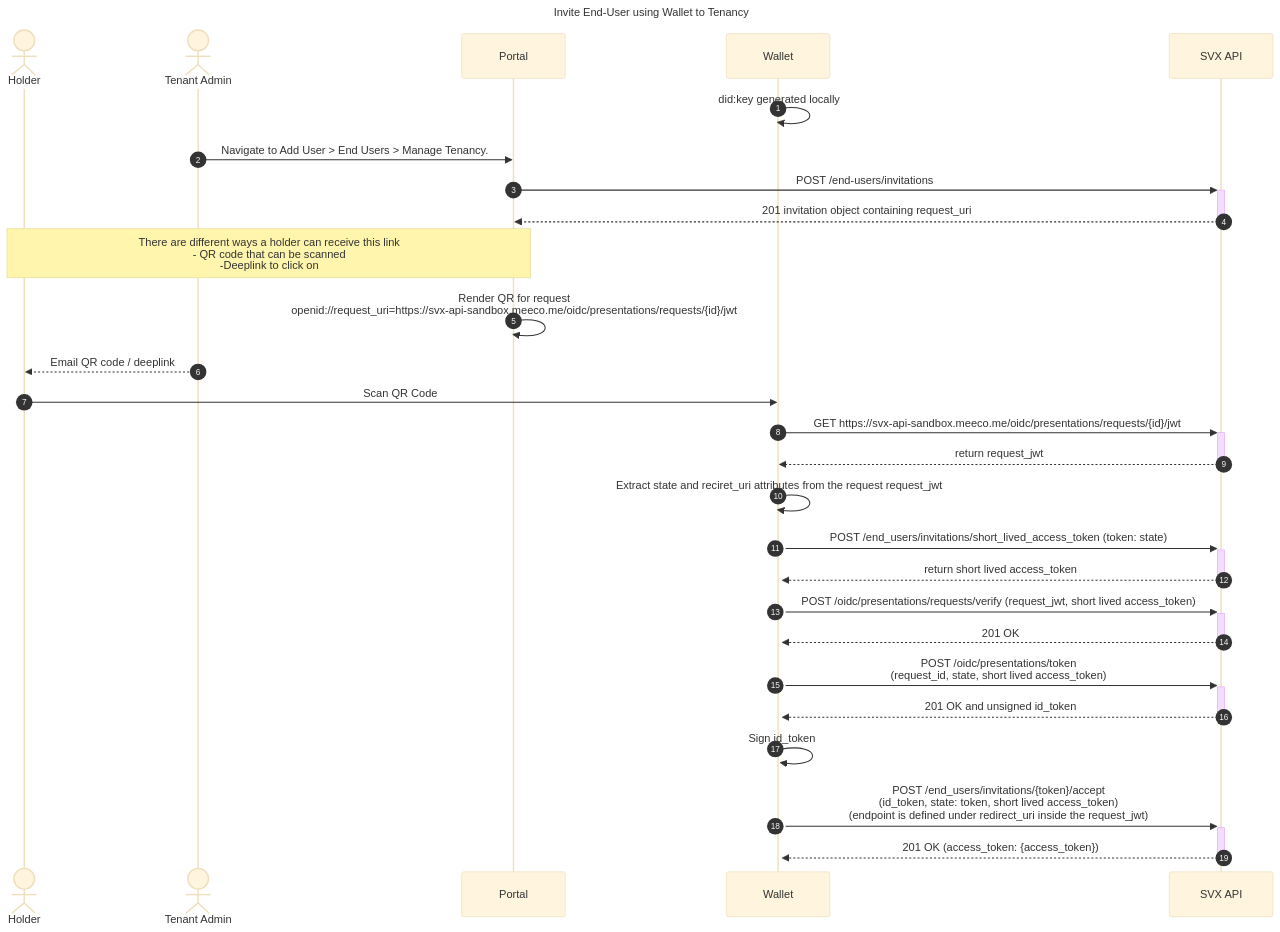
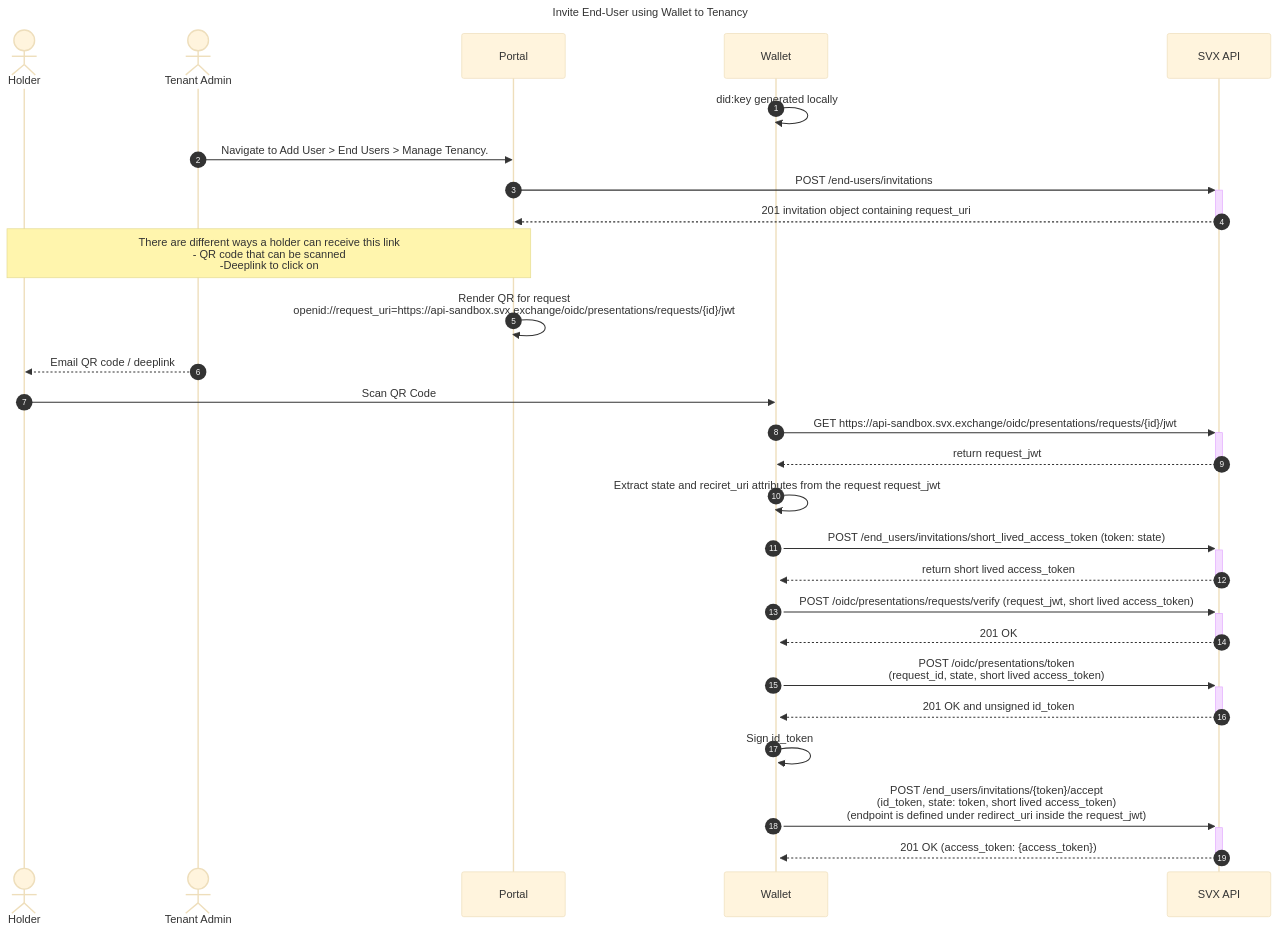
The diagram in guides/api-guides/users/inviting-end-users.md (Meeco/docs), drawn with Mermaid (base theme) before and after one commit. The commit also changed 3 other files, not shown here.

````diff
--- a/guides/api-guides/users/inviting-end-users.md
+++ b/guides/api-guides/users/inviting-end-users.md
@@ -5,38 +5,38 @@
 ```mermaid
 sequenceDiagram
   title Invite End-User using Wallet to Tenancy
 
   autonumber
 
   actor H as Holder
   actor TA as Tenant Admin
 
   participant P as Portal
   participant W as Wallet
   participant API as SVX API
 
   W->>W: did:key generated locally
   TA->>P: Navigate to Add User > End Users > Manage Tenancy.
   P->>+API: POST /end-users/invitations
   API-->>-P: 201 invitation object containing request_uri
   Note over H,P: There are different ways a holder can receive this link<br>- QR code that can be scanned<br>-Deeplink to click on
-  P->>P: Render QR for request <br> openid://request_uri=https://svx-api-sandbox.meeco.me/oidc/presentations/requests/{id}/jwt
+  P->>P: Render QR for request <br> openid://request_uri=https://api-sandbox.svx.exchange/oidc/presentations/requests/{id}/jwt
 
   TA-->>H: Email QR code / deeplink
 
   H->>W: Scan QR Code
-  W->>+API: GET https://svx-api-sandbox.meeco.me/oidc/presentations/requests/{id}/jwt
+  W->>+API: GET https://api-sandbox.svx.exchange/oidc/presentations/requests/{id}/jwt
   API-->>-W: return request_jwt
   W->>+W: Extract state and reciret_uri attributes from the request request_jwt
   W->>+API: POST /end_users/invitations/short_lived_access_token (token: state)
   API-->>-W: return short lived access_token
   W->>+API: POST /oidc/presentations/requests/verify (request_jwt, short lived access_token)
   API-->>-W: 201 OK
   W->>+API: POST /oidc/presentations/token<br>(request_id, state, short lived access_token)
   API-->>-W: 201 OK and unsigned id_token
   W->>W: Sign id_token
 
   W->>+API: POST /end_users/invitations/{token}/accept <br> (id_token, state: token, short lived access_token) <br> (endpoint is defined under redirect_uri inside the request_jwt)
 
   API-->>-W: 201 OK (access_token: {access_token})
 ```
````
